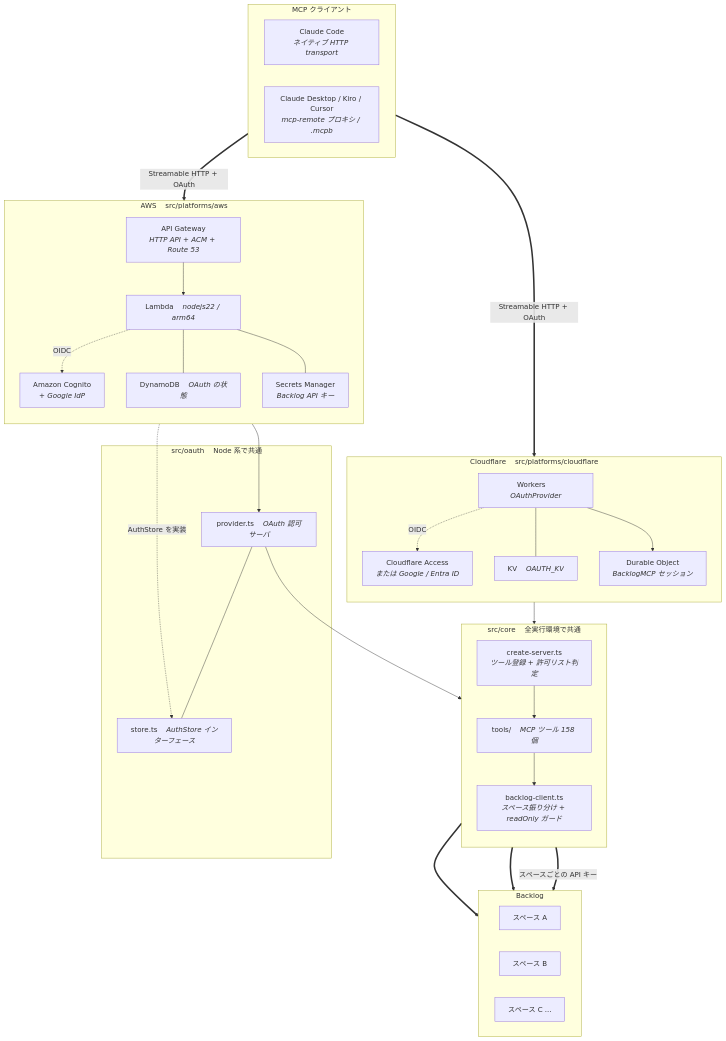
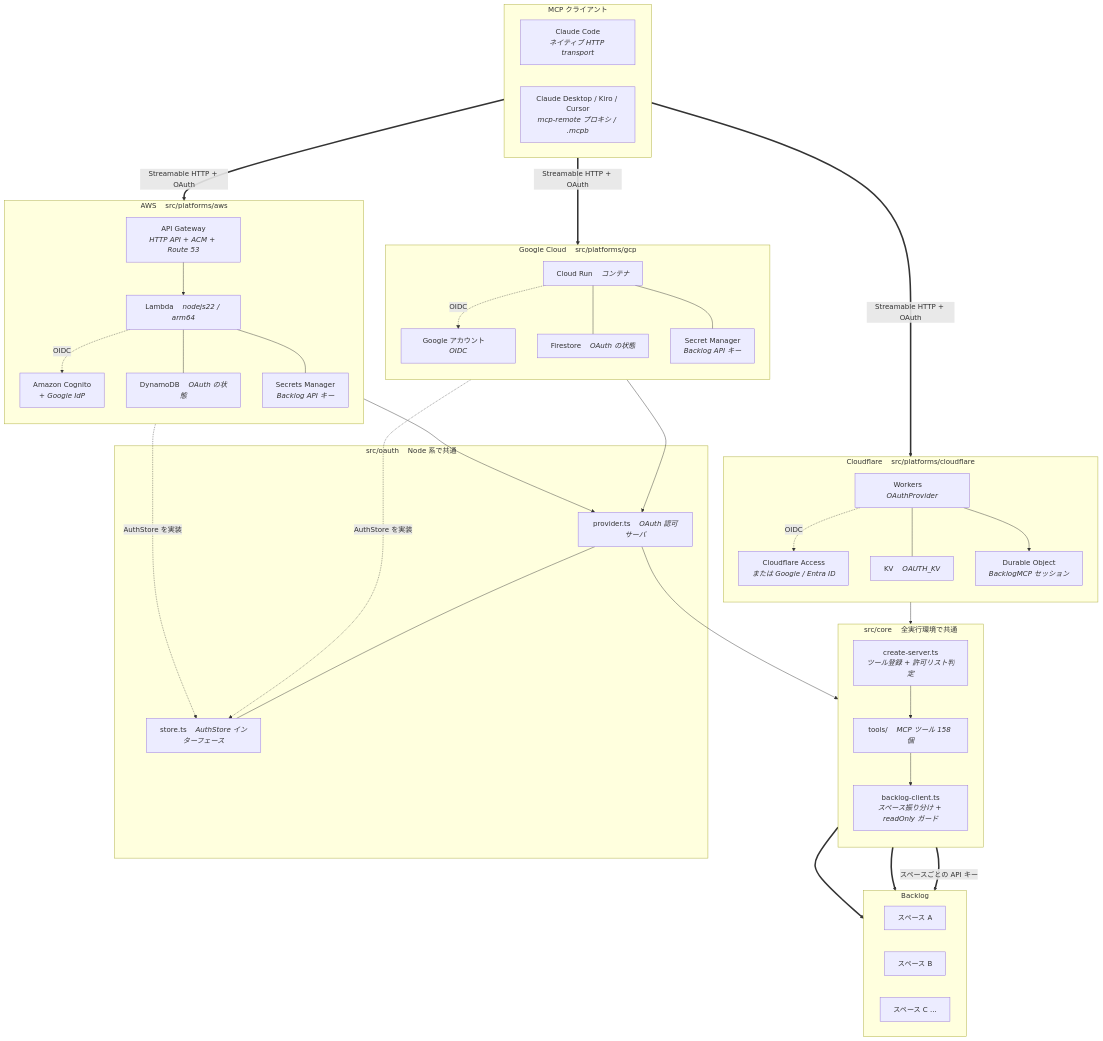
Before and after one commit to midnight480/backlog-remote-mcp-server: the first of 2 diagrams in README_ja.md, drawn with Mermaid. The commit also changed other lines of this file and 18 other files, not shown here.

First line of the commit message:
feat: Google Cloud (Cloud Run) へのデプロイに対応する

````diff
--- a/README_ja.md
+++ b/README_ja.md
@@ -156,63 +161,77 @@
 ```mermaid
 flowchart TB
     subgraph clients["MCP クライアント"]
         direction LR
         CC["Claude Code<br/><i>ネイティブ HTTP transport</i>"]
         CD["Claude Desktop / Kiro / Cursor<br/><i>mcp-remote プロキシ / .mcpb</i>"]
     end
 
     subgraph cf["Cloudflare &nbsp;&nbsp; src/platforms/cloudflare"]
         direction TB
         CFW["Workers &nbsp;&nbsp; <i>OAuthProvider</i>"]
         CFA["Cloudflare Access<br/><i>または Google / Entra ID</i>"]
         CFKV["KV &nbsp;&nbsp; <i>OAUTH_KV</i>"]
         CFDO["Durable Object<br/><i>BacklogMCP セッション</i>"]
         CFW -. "OIDC" .-> CFA
         CFW --- CFKV
         CFW --> CFDO
     end
 
     subgraph aws["AWS &nbsp;&nbsp; src/platforms/aws"]
         direction TB
         APIGW["API Gateway<br/><i>HTTP API + ACM + Route 53</i>"]
         LAMBDA["Lambda &nbsp;&nbsp; <i>nodejs22 / arm64</i>"]
         COG["Amazon Cognito<br/><i>+ Google IdP</i>"]
         DDB["DynamoDB &nbsp;&nbsp; <i>OAuth の状態</i>"]
         SM["Secrets Manager<br/><i>Backlog API キー</i>"]
         APIGW --> LAMBDA
         LAMBDA -. "OIDC" .-> COG
         LAMBDA --- DDB
         LAMBDA --- SM
     end
 
+    subgraph gcp["Google Cloud &nbsp;&nbsp; src/platforms/gcp"]
+        direction TB
+        RUN["Cloud Run &nbsp;&nbsp; <i>コンテナ</i>"]
+        GID["Google アカウント &nbsp;&nbsp; <i>OIDC</i>"]
+        FS["Firestore &nbsp;&nbsp; <i>OAuth の状態</i>"]
+        GSM["Secret Manager<br/><i>Backlog API キー</i>"]
+        RUN -. "OIDC" .-> GID
+        RUN --- FS
+        RUN --- GSM
+    end
+
     subgraph oauth["src/oauth &nbsp;&nbsp; Node 系で共通"]
         OP["provider.ts &nbsp;&nbsp; <i>OAuth 認可サーバ</i>"]
         OS["store.ts &nbsp;&nbsp; <i>AuthStore インターフェース</i>"]
         OP --- OS
     end
 
     subgraph shared["src/core &nbsp;&nbsp; 全実行環境で共通"]
         direction TB
         CS["create-server.ts<br/><i>ツール登録 + 許可リスト判定</i>"]
         TOOLS["tools/ &nbsp;&nbsp; <i>MCP ツール 158 個</i>"]
         BC["backlog-client.ts<br/><i>スペース振り分け + readOnly ガード</i>"]
         CS --> TOOLS --> BC
     end
 
     subgraph backlog["Backlog"]
         direction LR
         BLA["スペース A"]
         BLB["スペース B"]
         BLC["スペース C ..."]
     end
 
     clients == "Streamable HTTP + OAuth" ==> CFW
     clients == "Streamable HTTP + OAuth" ==> APIGW
+    clients == "Streamable HTTP + OAuth" ==> RUN
     CFDO --> CS
     LAMBDA --> OP
+    RUN --> OP
     OP --> CS
     DDB -. "AuthStore を実装" .-> OS
+    FS -. "AuthStore を実装" .-> OS
     BC == "スペースごとの API キー" ==> BLA
     BC ==> BLB
     BC ==> BLC
 ```
````
